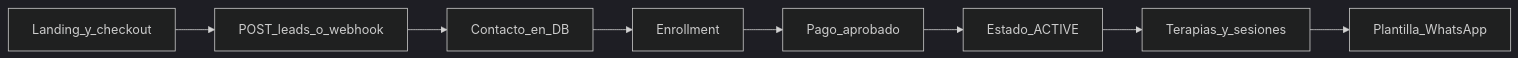
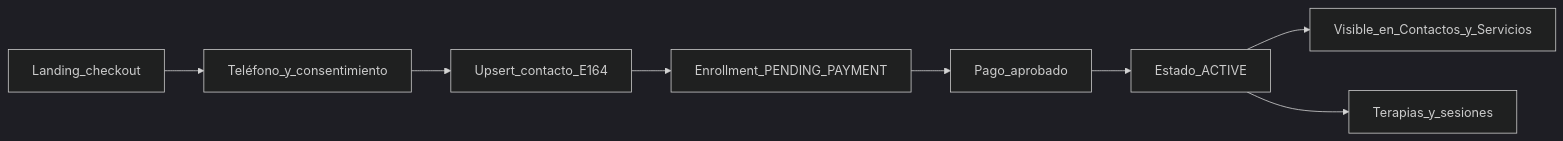
Before and after one commit to m3nd0zit4/dayana-pnl: the second of 2 diagrams in docs/crm-guia-uso.md, drawn with Mermaid (dark theme). The commit also changed other lines of this file and 24 other files, not shown here.

First line of the commit message:
feat: collect contact data before checkout payment

````diff
--- a/docs/crm-guia-uso.md
+++ b/docs/crm-guia-uso.md
@@ -33,10 +33,10 @@
 ```mermaid
 flowchart LR
-  Web[Landing_y_checkout] --> Lead[POST_leads_o_webhook]
-  Lead --> Contact[Contacto_en_DB]
-  Contact --> Enroll[Enrollment]
+  Web[Landing_checkout] --> ContactStep[Teléfono_y_consentimiento]
+  ContactStep --> Upsert[Upsert_contacto_E164]
+  Upsert --> Enroll[Enrollment_PENDING_PAYMENT]
   Enroll --> Pay[Pago_aprobado]
   Pay --> Active[Estado_ACTIVE]
+  Active --> CRM[Visible_en_Contactos_y_Servicios]
   Active --> Therapy[Terapias_y_sesiones]
-  Therapy --> WA[Plantilla_WhatsApp]
 ```
````
